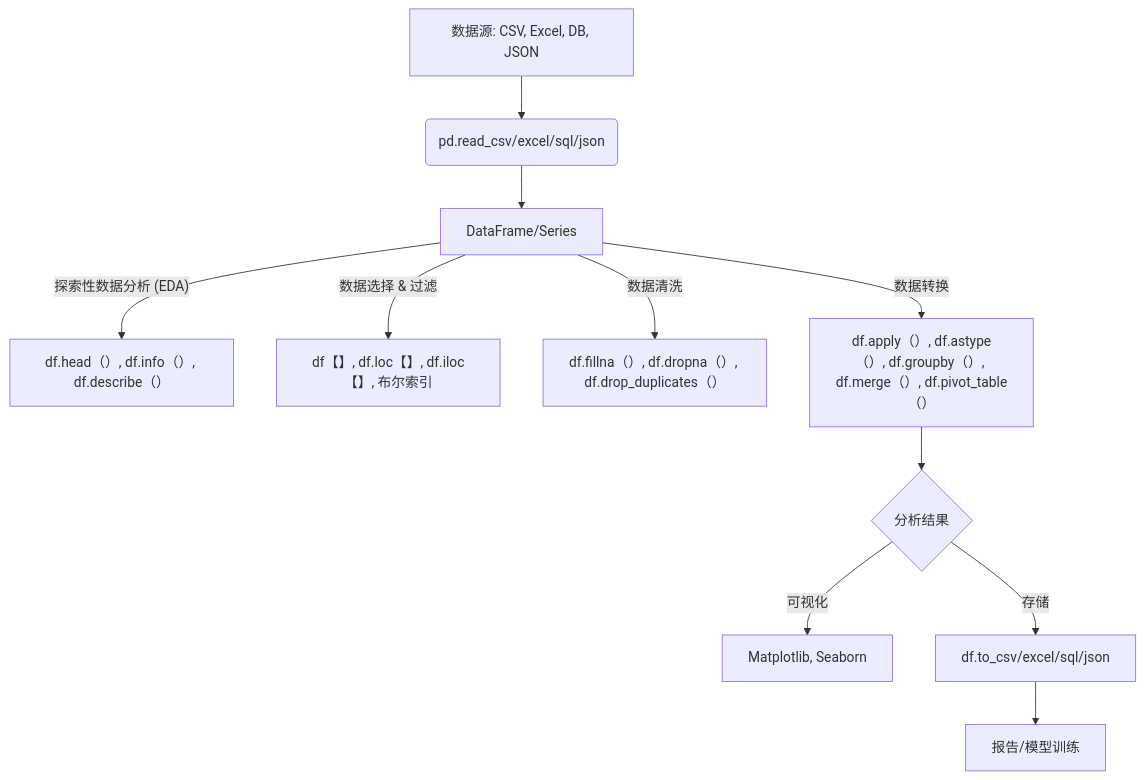
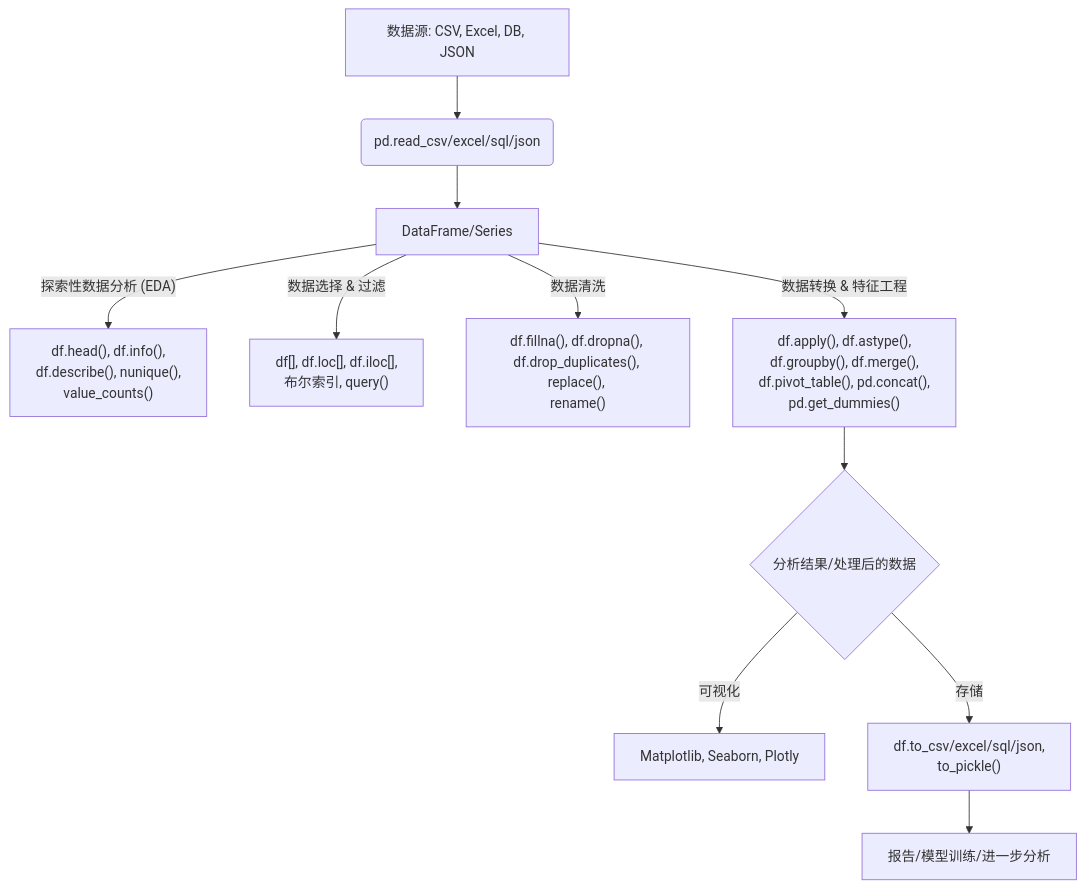
One commit to teatang/t-blog changed the diagram in source/_posts/2023/2023-02-21_Python Pandas详解：数据处理与分析的瑞士军刀.md. Above: the diagram before and after it, drawn with Mermaid. The commit also changed other lines of this file and 4 other files, not shown here.

```diff
--- a/source/_posts/2023/2023-02-21_Python Pandas详解：数据处理与分析的瑞士军刀.md
+++ b/source/_posts/2023/2023-02-21_Python Pandas详解：数据处理与分析的瑞士军刀.md
@@ -412,13 +412,14 @@
 {% mermaid %}
 graph TD
     A[数据源: CSV, Excel, DB, JSON] --> B(pd.read_csv/excel/sql/json)
     B --> C[DataFrame/Series]
-    C -- 探索性数据分析 (EDA) --> D[df.head（）, df.info（）, df.describe（）]
-    C -- 数据选择 & 过滤 --> E[df【】, df.loc【】, df.iloc【】, 布尔索引]
-    C -- 数据清洗 --> F[df.fillna（）, df.dropna（）, df.drop_duplicates（）]
-    C -- 数据转换 --> G[df.apply（）, df.astype（）, df.groupby（）, df.merge（）, df.pivot_table（）]
-    G --> H{分析结果}
-    H -- 可视化 --> I[Matplotlib, Seaborn]
-    H -- 存储 --> J[df.to_csv/excel/sql/json]
-    J --> K[报告/模型训练]
+    C -- 探索性数据分析 (EDA) --> D["df.head(), df.info(), <br>df.describe(), nunique(), <br>value_counts()"]
+    C -- 数据选择 & 过滤 --> E["df[], df.loc[], df.iloc[], <br>布尔索引, query()"]
+    C -- 数据清洗 --> F["df.fillna(), df.dropna(), <br>df.drop_duplicates(), replace(), <br>rename()"]
+    C -- 数据转换 & 特征工程 --> G["df.apply(), df.astype(), <br>df.groupby(), df.merge(), <br>df.pivot_table(), pd.concat(), <br>pd.get_dummies()"]
+    G --> H{分析结果/处理后的数据}
+    H -- 可视化 --> I[Matplotlib, Seaborn, Plotly]
+    H -- 存储 --> J["df.to_csv/excel/sql/json, <br>to_pickle()"]
+    J --> K[报告/模型训练/进一步分析]
+
 {% endmermaid %}
```
